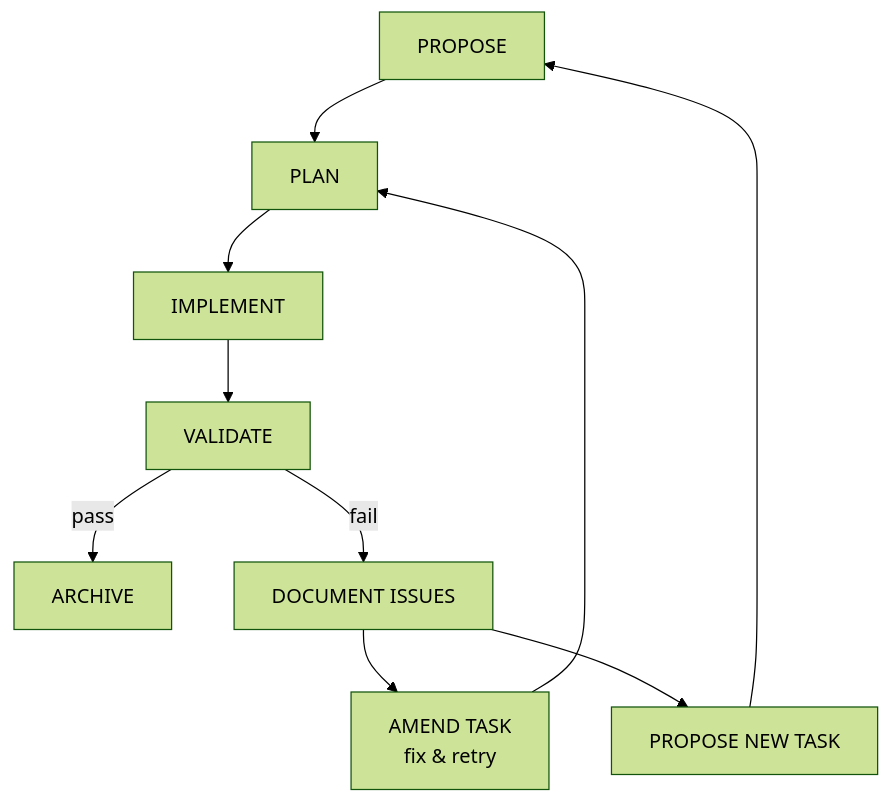
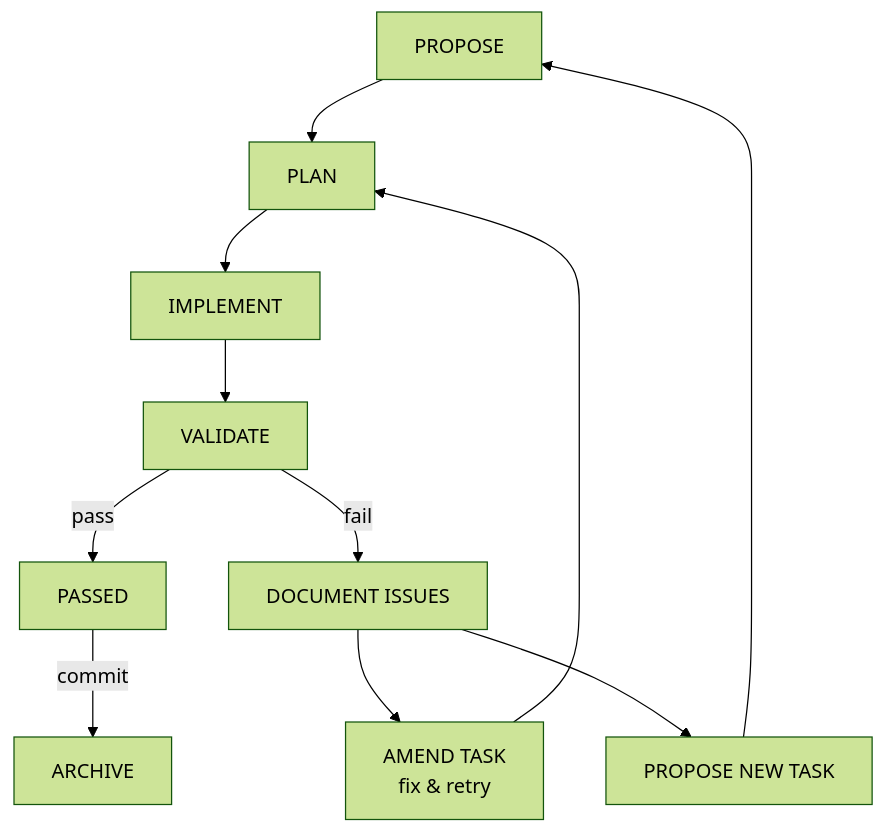
One commit to jysh1214/tequila changed the diagram in README.md. Above: the diagram before and after it, drawn with Mermaid (forest theme). The commit also changed other lines of this file and 8 other files, not shown here.

First line of the commit message:
Add PASSED state between validation and archive

````diff
--- a/README.md
+++ b/README.md
@@ -17,12 +17,13 @@
 ```mermaid
 flowchart TD
     PROPOSE --> PLAN
     PLAN --> IMPLEMENT
     IMPLEMENT --> VALIDATE
-    VALIDATE -->|pass| ARCHIVE
+    VALIDATE -->|pass| PASSED
     VALIDATE -->|fail| DOCUMENT[DOCUMENT ISSUES]
+    PASSED -->|commit| ARCHIVE
     DOCUMENT --> AMEND[AMEND TASK<br/>fix &amp; retry]
     DOCUMENT --> PROPOSE_NEW[PROPOSE NEW TASK]
     AMEND --> PLAN
     PROPOSE_NEW --> PROPOSE
 ```
````
